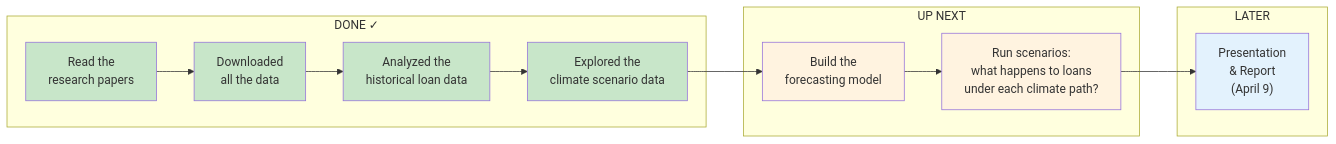
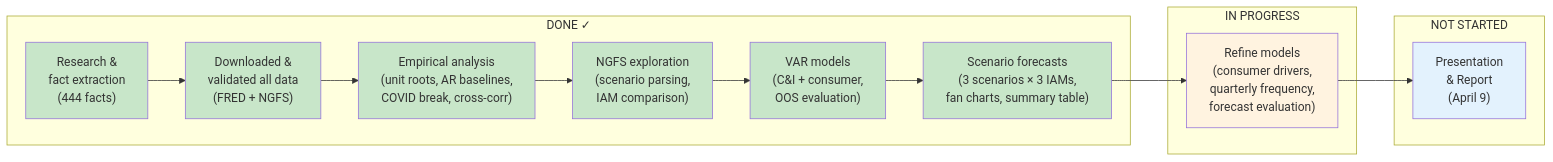
Before and after one commit to gabrielacoada/forecasting: the diagram in projects/climate-risk-loans/PROJECT-STATUS.md, drawn with Mermaid. The commit also changed other lines of this file and 3 other files, not shown here.

````diff
--- a/projects/climate-risk-loans/PROJECT-STATUS.md
+++ b/projects/climate-risk-loans/PROJECT-STATUS.md
@@ -47,28 +11,30 @@
 ```mermaid
 flowchart LR
     subgraph "DONE ✓"
-        A["Read the<br/>research papers"]
-        B["Downloaded<br/>all the data"]
-        C["Analyzed the<br/>historical loan data"]
-        D["Explored the<br/>climate scenario data"]
+        A["Research &<br/>fact extraction<br/>(444 facts)"]
+        B["Downloaded &<br/>validated all data<br/>(FRED + NGFS)"]
+        C["Empirical analysis<br/>(unit roots, AR baselines,<br/>COVID break, cross-corr)"]
+        D["NGFS exploration<br/>(scenario parsing,<br/>IAM comparison)"]
+        E["VAR models<br/>(C&I + consumer,<br/>OOS evaluation)"]
+        F["Scenario forecasts<br/>(3 scenarios × 3 IAMs,<br/>fan charts, summary table)"]
     end
 
-    subgraph "UP NEXT"
-        E["Build the<br/>forecasting model"]
-        F["Run scenarios:<br/>what happens to loans<br/>under each climate path?"]
+    subgraph "IN PROGRESS"
+        G["Refine models<br/>(consumer drivers,<br/>quarterly frequency,<br/>forecast evaluation)"]
     end
 
-    subgraph "LATER"
-        G["Presentation<br/>& Report<br/>(April 9)"]
+    subgraph "NOT STARTED"
+        H["Presentation<br/>& Report<br/>(April 9)"]
     end
 
-    A --> B --> C --> D --> E --> F --> G
+    A --> B --> C --> D --> E --> F --> G --> H
 
     style A fill:#c8e6c9
     style B fill:#c8e6c9
     style C fill:#c8e6c9
     style D fill:#c8e6c9
-    style E fill:#fff3e0
-    style F fill:#fff3e0
-    style G fill:#e3f2fd
+    style E fill:#c8e6c9
+    style F fill:#c8e6c9
+    style G fill:#fff3e0
+    style H fill:#e3f2fd
 ```
````
